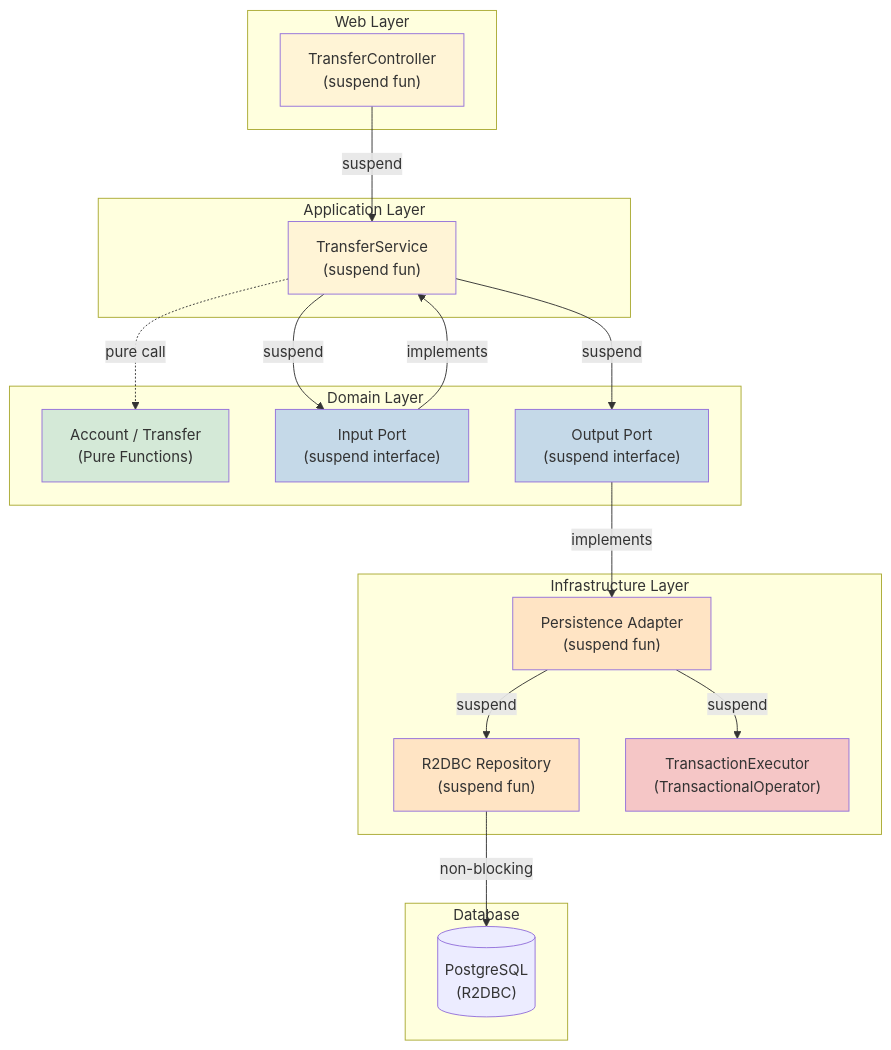
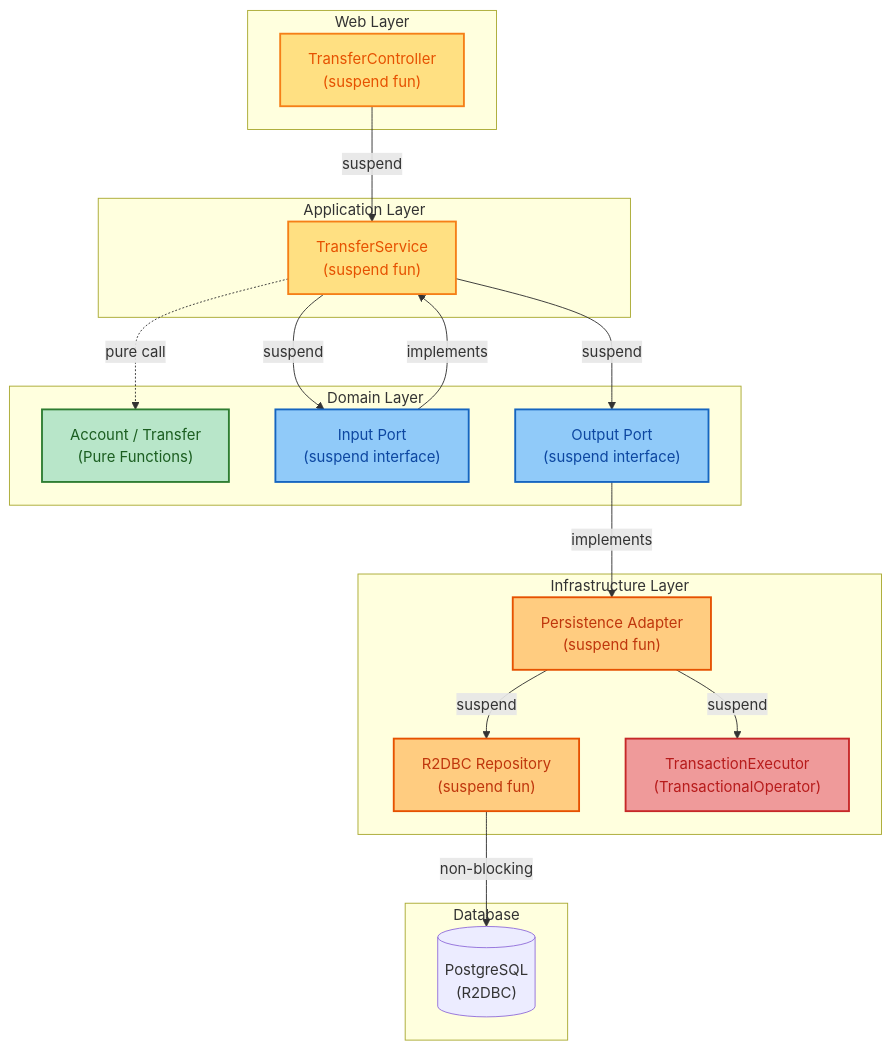
Before and after one commit to seokrae-labs/account-ledger-service: the first of 4 diagrams in docs/SUSPEND_BEST_PRACTICES.md, drawn with Mermaid. The commit also changed other lines of this file, not shown here.

Commit message:
docs: Improve text contrast in diagrams (#20)
글자색 대비를 개선하여 가독성 향상:

개선 사항:
1. 배경색을 조금 더 진하게 변경
2. 글자색을 명시적으로 지정 (진한 색상)
3. 테두리 두께 증가 (stroke-width:2px)
4. 색상별 진한 테두리 색상 추가

색상 변경:
- Domain: #B8E6C9 (배경) + #1B5E20 (글자) + #2E7D32 (테두리)
- Ports: #90CAF9 (배경) + #0D47A1 (글자) + #1565C0 (테두리)
- App/Web: #FFE082 (배경) + #E65100 (글자) + #F57F17 (테두리)
- Infrastructure: #FFCC80 (배경) + #BF360C (글자) + #E65100 (테두리)
- Transaction: #EF9A9A (배경) + #B71C1C (글자) + #C62828 (테두리)

결과:
✅ 글자가 선명하게 보임
✅ 라이트/다크모드 모두 대응
✅ 전문적인 외관 유지

````diff
--- a/docs/SUSPEND_BEST_PRACTICES.md
+++ b/docs/SUSPEND_BEST_PRACTICES.md
@@ -27,45 +27,45 @@
 ```mermaid
 graph TB
     subgraph "Web Layer"
         Controller["TransferController<br/>(suspend fun)"]
     end
 
     subgraph "Application Layer"
         UseCase["TransferService<br/>(suspend fun)"]
     end
 
     subgraph "Domain Layer"
         Model["Account / Transfer<br/>(Pure Functions)"]
         Port1["Input Port<br/>(suspend interface)"]
         Port2["Output Port<br/>(suspend interface)"]
     end
 
     subgraph "Infrastructure Layer"
         Adapter["Persistence Adapter<br/>(suspend fun)"]
         Repo["R2DBC Repository<br/>(suspend fun)"]
         TxExecutor["TransactionExecutor<br/>(TransactionalOperator)"]
     end
 
     subgraph "Database"
         DB[("PostgreSQL<br/>(R2DBC)")]
     end
 
     Controller -->|suspend| UseCase
     UseCase -->|suspend| Port1
     UseCase -.->|pure call| Model
     Port1 -->|implements| UseCase
     UseCase -->|suspend| Port2
     Port2 -->|implements| Adapter
     Adapter -->|suspend| Repo
     Adapter -->|suspend| TxExecutor
     Repo -->|non-blocking| DB
 
-    style Model fill:#D4E9D7
-    style Port1 fill:#C5D9E8
-    style Port2 fill:#C5D9E8
-    style Controller fill:#FFF4D6
-    style UseCase fill:#FFF4D6
-    style Adapter fill:#FFE4C4
-    style Repo fill:#FFE4C4
-    style TxExecutor fill:#F5C6C6
+    style Model fill:#B8E6C9,stroke:#2E7D32,stroke-width:2px,color:#1B5E20
+    style Port1 fill:#90CAF9,stroke:#1565C0,stroke-width:2px,color:#0D47A1
+    style Port2 fill:#90CAF9,stroke:#1565C0,stroke-width:2px,color:#0D47A1
+    style Controller fill:#FFE082,stroke:#F57F17,stroke-width:2px,color:#E65100
+    style UseCase fill:#FFE082,stroke:#F57F17,stroke-width:2px,color:#E65100
+    style Adapter fill:#FFCC80,stroke:#E65100,stroke-width:2px,color:#BF360C
+    style Repo fill:#FFCC80,stroke:#E65100,stroke-width:2px,color:#BF360C
+    style TxExecutor fill:#EF9A9A,stroke:#C62828,stroke-width:2px,color:#B71C1C
 ```
````
